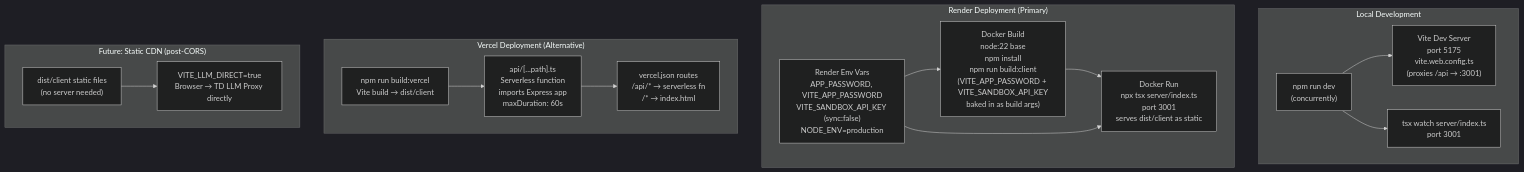
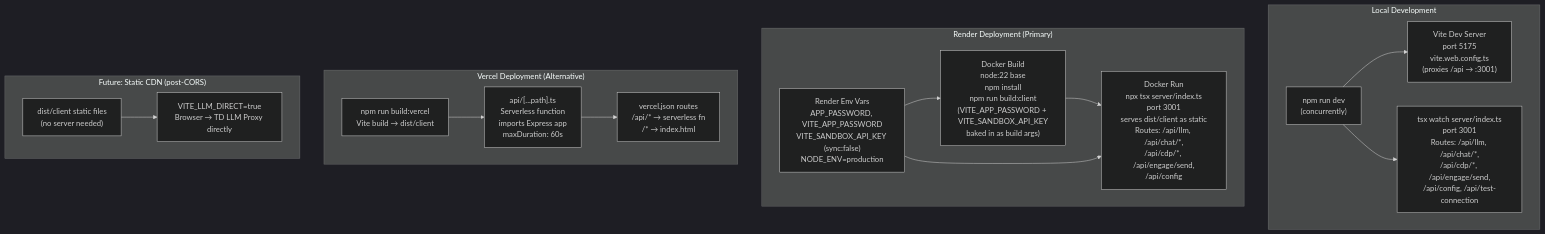
One commit to kristenzhoutd/experience-center changed the eighth of 8 diagrams in docs/architecture.md. Above: the diagram before and after it, drawn with Mermaid (dark theme). The commit also changed other lines of this file and 14 other files, not shown here.

````diff
--- a/docs/architecture.md
+++ b/docs/architecture.md
@@ -395,33 +668,33 @@
 ```mermaid
 graph TD
     subgraph LocalDev["Local Development"]
         ViteServer["Vite Dev Server\nport 5175\nvite.web.config.ts\n(proxies /api → :3001)"]
-        TSXWatch["tsx watch server/index.ts\nport 3001"]
+        TSXWatch["tsx watch server/index.ts\nport 3001\nRoutes: /api/llm, /api/chat/*,\n/api/cdp/*, /api/engage/send,\n/api/config, /api/test-connection"]
         Concurrently["npm run dev\n(concurrently)"]
         Concurrently --> ViteServer
         Concurrently --> TSXWatch
     end
 
     subgraph RenderDeploy["Render Deployment (Primary)"]
         DockerBuild["Docker Build\nnode:22 base\nnpm install\nnpm run build:client\n(VITE_APP_PASSWORD + VITE_SANDBOX_API_KEY\nbaked in as build args)"]
-        DockerRun["Docker Run\nnpx tsx server/index.ts\nport 3001\nserves dist/client as static"]
+        DockerRun["Docker Run\nnpx tsx server/index.ts\nport 3001\nserves dist/client as static\nRoutes: /api/llm, /api/chat/*,\n/api/cdp/*, /api/engage/send,\n/api/config"]
         RenderEnv["Render Env Vars\nAPP_PASSWORD, VITE_APP_PASSWORD\nVITE_SANDBOX_API_KEY (sync:false)\nNODE_ENV=production"]
         DockerBuild --> DockerRun
         RenderEnv --> DockerBuild
         RenderEnv --> DockerRun
     end
 
     subgraph VercelDeploy["Vercel Deployment (Alternative)"]
         VercelBuild["npm run build:vercel\nVite build → dist/client"]
         VercelFunc["api/[...path].ts\nServerless function\nimports Express app\nmaxDuration: 60s"]
         VercelRoutes["vercel.json routes\n/api/* → serverless fn\n/* → index.html"]
         VercelBuild --> VercelFunc
         VercelFunc --> VercelRoutes
     end
 
     subgraph StaticFuture["Future: Static CDN (post-CORS)"]
         StaticFiles["dist/client static files\n(no server needed)"]
         LLMDirect["VITE_LLM_DIRECT=true\nBrowser → TD LLM Proxy directly"]
         StaticFiles --> LLMDirect
     end
 ```
````
